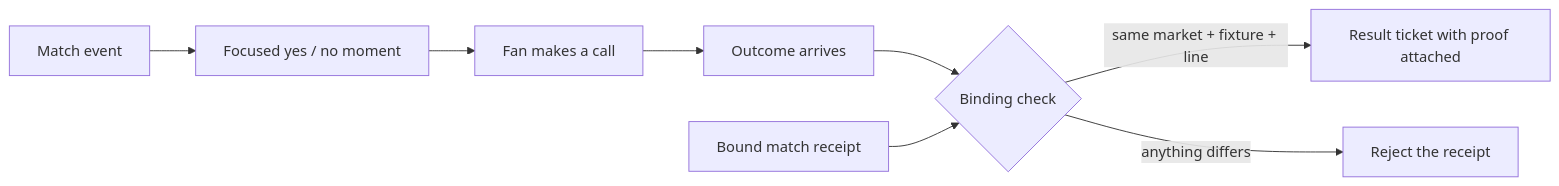
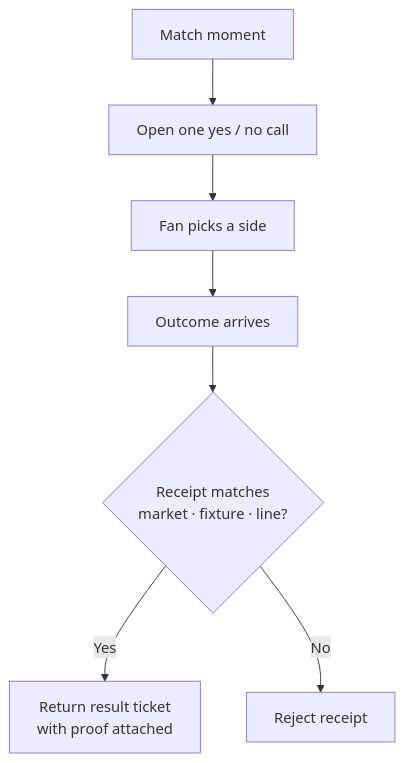
The diagram in README.md (kamenev72/roar-markets), drawn with Mermaid before and after one commit. The commit also changed other lines of this file and 14 other files, not shown here.

Commit message:
docs: clean root and compact fan flow

````diff
--- a/README.md
+++ b/README.md
@@ -50,10 +50,9 @@
 ```mermaid
-flowchart LR
-    event["Match event"] --> question["Focused yes / no moment"]
-    question --> pick["Fan makes a call"]
+flowchart TB
+    event["Match moment"] --> question["Open one yes / no call"]
+    question --> pick["Fan picks a side"]
     pick --> result["Outcome arrives"]
-    result --> gate{"Binding check"}
-    receipt["Bound match receipt"] --> gate
-    gate -->|same market + fixture + line| ticket["Result ticket with proof attached"]
-    gate -->|anything differs| reject["Reject the receipt"]
+    result --> gate{"Receipt matches<br/>market · fixture · line?"}
+    gate -->|Yes| ticket["Return result ticket<br/>with proof attached"]
+    gate -->|No| reject["Reject receipt"]
 ```
````
